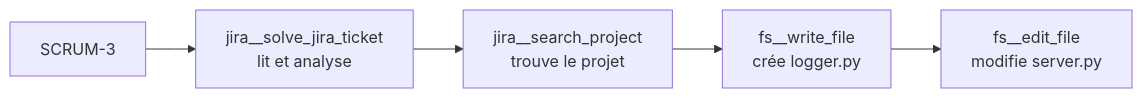
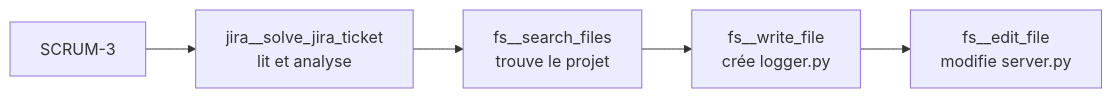
Diagram 18 of 20 in PROJET_AGENTS_IA_Version_Finale_3.md (louatiyessine/ai-agents_jira), drawn with Mermaid before and after one commit. The commit also changed other lines of this file and 3 other files, not shown here.

First line of the commit message:
refactor: remplace search_project par fs__search_files (motif recursif)

````diff
--- a/PROJET_AGENTS_IA_Version_Finale_3.md
+++ b/PROJET_AGENTS_IA_Version_Finale_3.md
@@ -387,7 +387,7 @@
 ```mermaid
 flowchart LR
     T[SCRUM-3] --> J[jira__solve_jira_ticket<br/>lit et analyse]
-    J --> SP[jira__search_project<br/>trouve le projet]
+    J --> SP[fs__search_files<br/>trouve le projet]
     SP --> W[fs__write_file<br/>crée logger.py]
     W --> ED[fs__edit_file<br/>modifie server.py]
 ```
````
